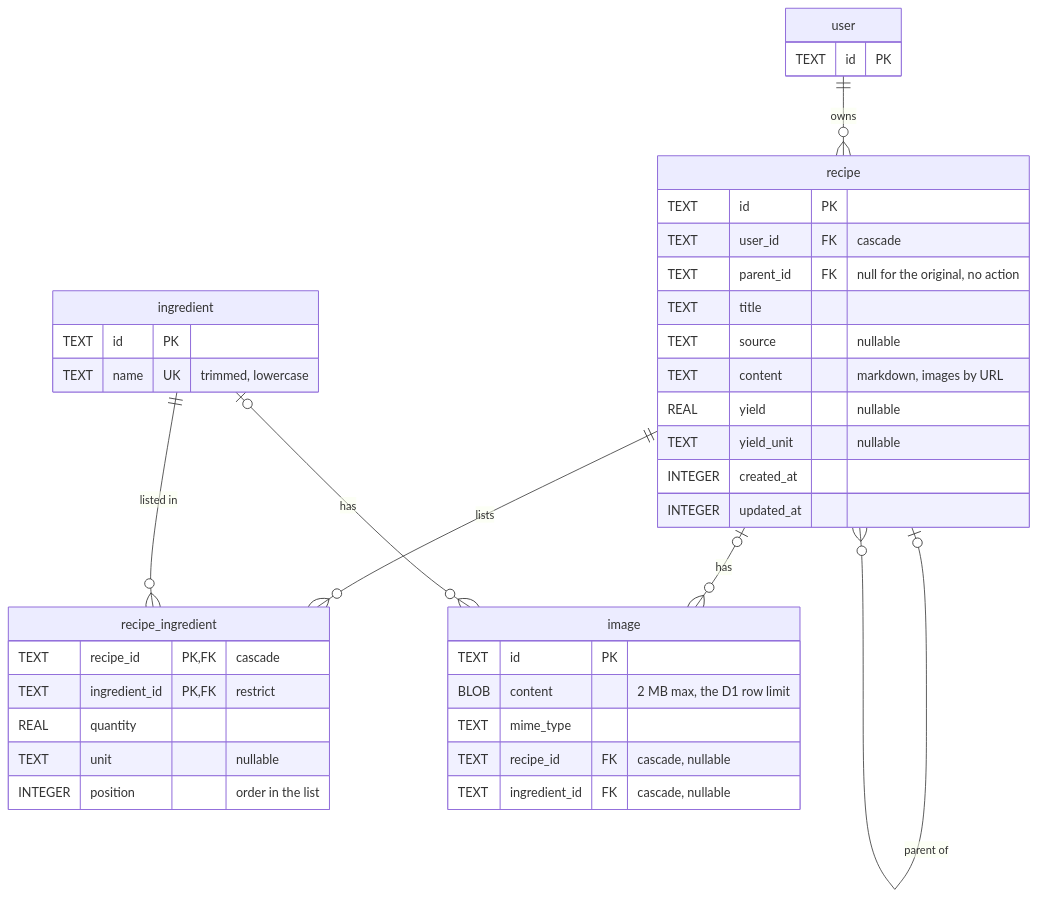
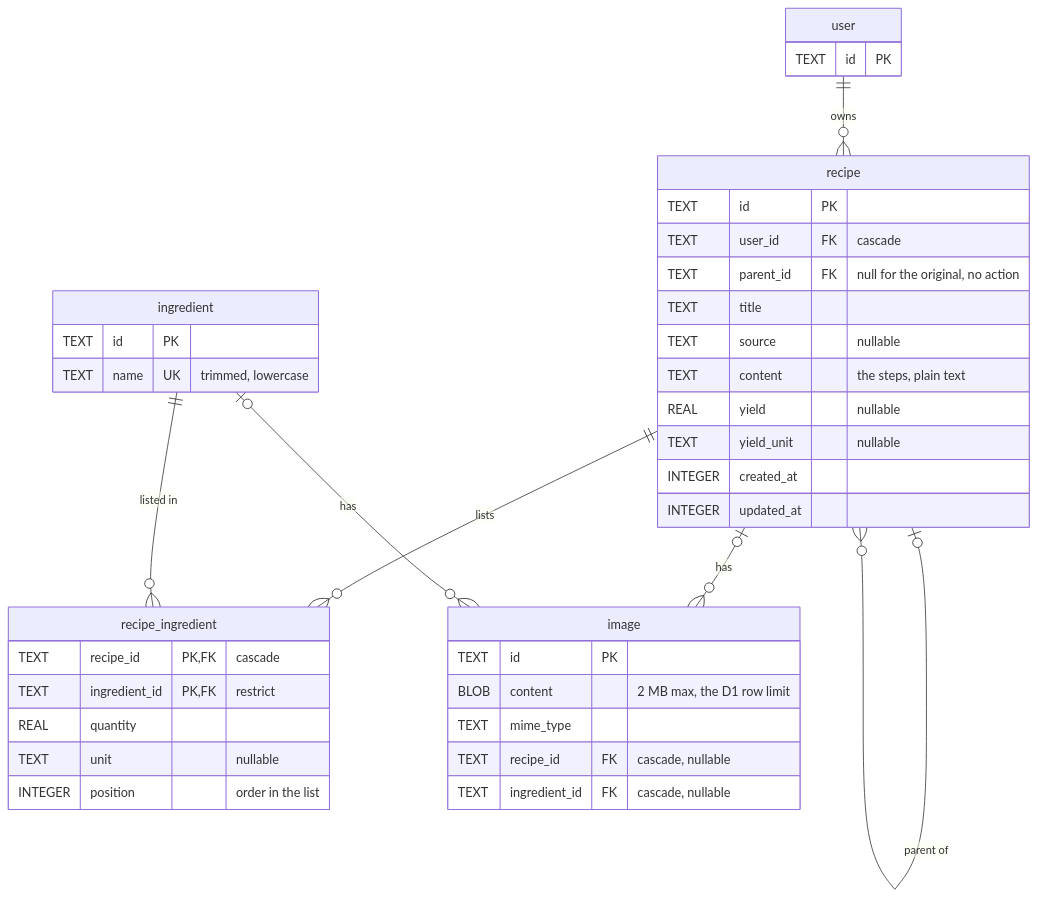
One commit to felipeadeildo/hannibox changed the diagram in packages/db/schema.md. Above: the diagram before and after it, drawn with Mermaid. The commit also changed other lines of this file and 7 other files, not shown here.

````diff
--- a/packages/db/schema.md
+++ b/packages/db/schema.md
@@ -5,47 +5,47 @@
 ```mermaid
 erDiagram
     user ||--o{ recipe : owns
     recipe |o--o{ recipe : "parent of"
     recipe ||--o{ recipe_ingredient : lists
     ingredient ||--o{ recipe_ingredient : "listed in"
     recipe |o--o{ image : has
     ingredient |o--o{ image : has
 
     user {
         TEXT id PK
     }
 
     recipe {
         TEXT id PK
         TEXT user_id FK "cascade"
         TEXT parent_id FK "null for the original, no action"
         TEXT title
         TEXT source "nullable"
-        TEXT content "markdown, images by URL"
+        TEXT content "the steps, plain text"
         REAL yield "nullable"
         TEXT yield_unit "nullable"
         INTEGER created_at
         INTEGER updated_at
     }
 
     ingredient {
         TEXT id PK
         TEXT name UK "trimmed, lowercase"
     }
 
     recipe_ingredient {
         TEXT recipe_id PK, FK "cascade"
         TEXT ingredient_id PK, FK "restrict"
         REAL quantity
         TEXT unit "nullable"
         INTEGER position "order in the list"
     }
 
     image {
         TEXT id PK
         BLOB content "2 MB max, the D1 row limit"
         TEXT mime_type
         TEXT recipe_id FK "cascade, nullable"
         TEXT ingredient_id FK "cascade, nullable"
     }
 ```
````
